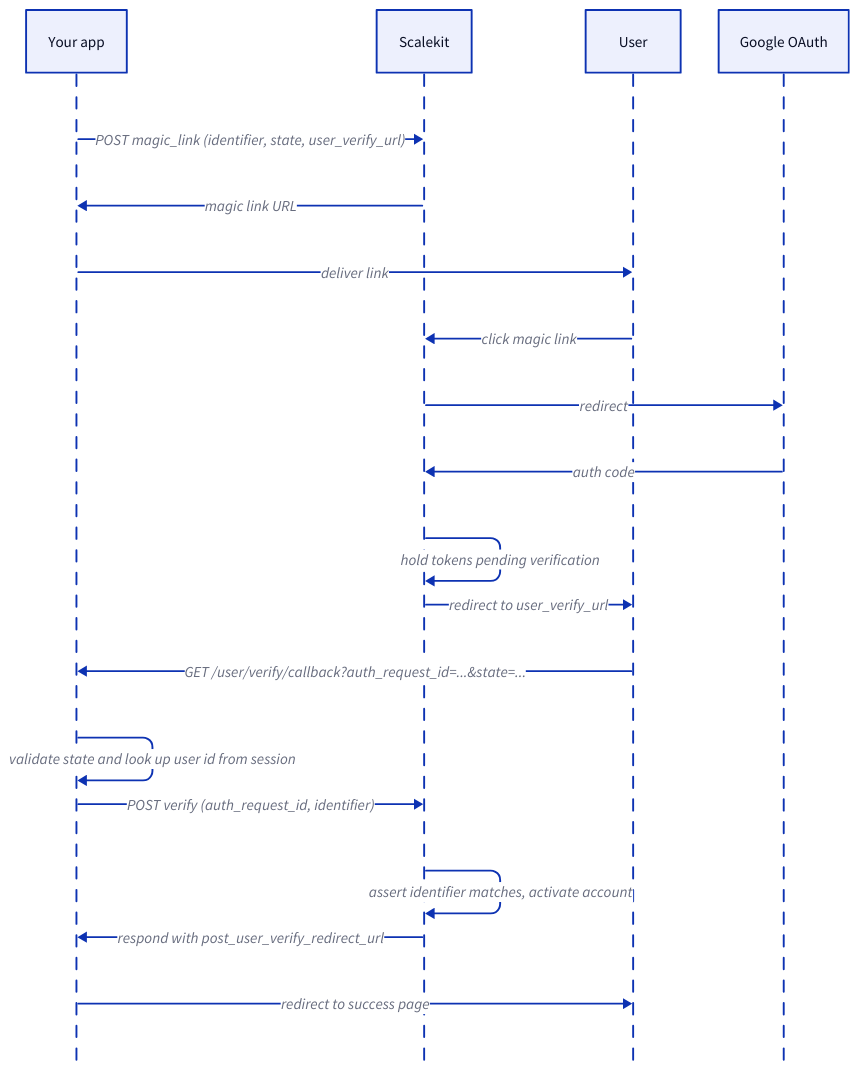
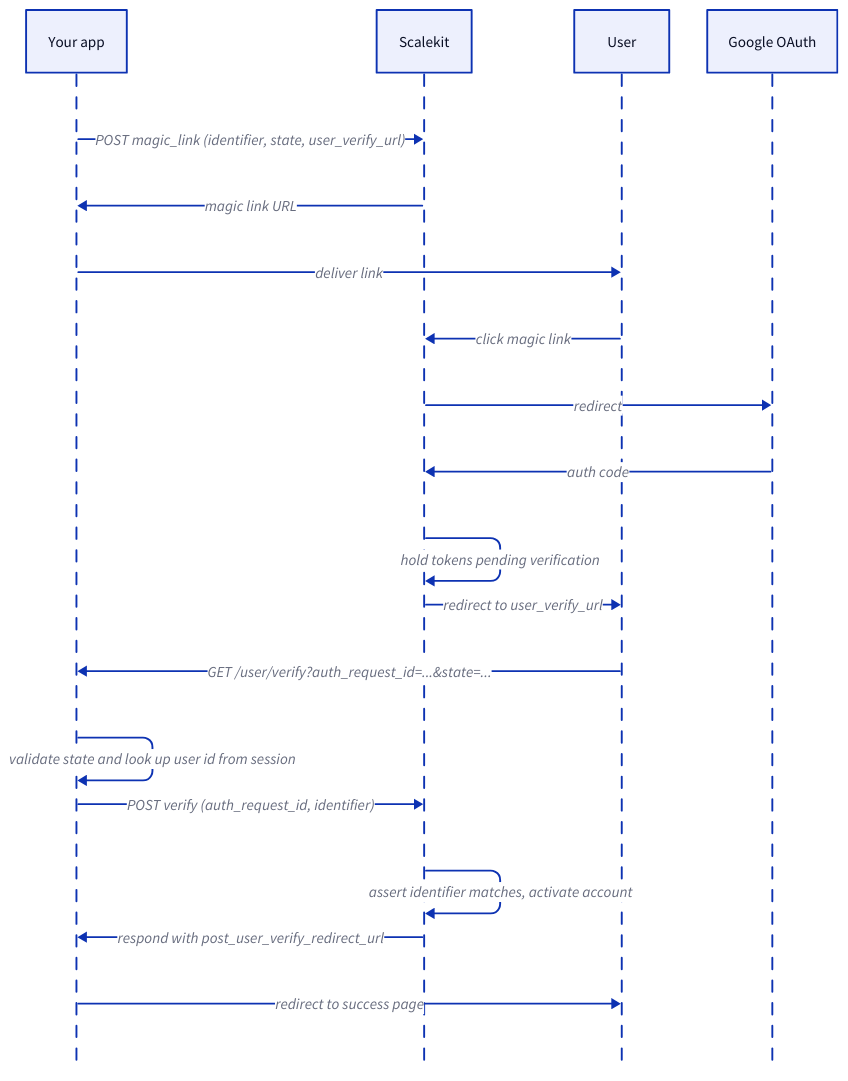
The diagram in src/content/docs/agent-auth/user-verification.mdx (scalekit-inc/developer-docs), drawn with D2 before and after one commit. The commit also changed other lines of this file and 1 other file, not shown here.

````diff
--- a/src/content/docs/agent-auth/user-verification.mdx
+++ b/src/content/docs/agent-auth/user-verification.mdx
@@ -185,20 +185,20 @@
 ```d2
 shape: sequence_diagram
 
 Your app -> Scalekit: POST magic_link (identifier, state, user_verify_url)
 Scalekit -> Your app: magic link URL
 Your app -> User: deliver link
 
 User -> Scalekit: click magic link
 Scalekit -> Google OAuth: redirect
 Google OAuth -> Scalekit: auth code
 Scalekit -> Scalekit: hold tokens pending verification
 Scalekit -> User: redirect to user_verify_url
 
-User -> Your app: GET /user/verify/callback?auth_request_id=...&state=...
+User -> Your app: GET /user/verify?auth_request_id=...&state=...
 Your app -> Your app: validate state and look up user id from session
 Your app -> Scalekit: POST verify (auth_request_id, identifier)
 Scalekit -> Scalekit: assert identifier matches, activate account
 Scalekit -> Your app: respond with post_user_verify_redirect_url
 Your app -> User: redirect to success page
 ```
````
